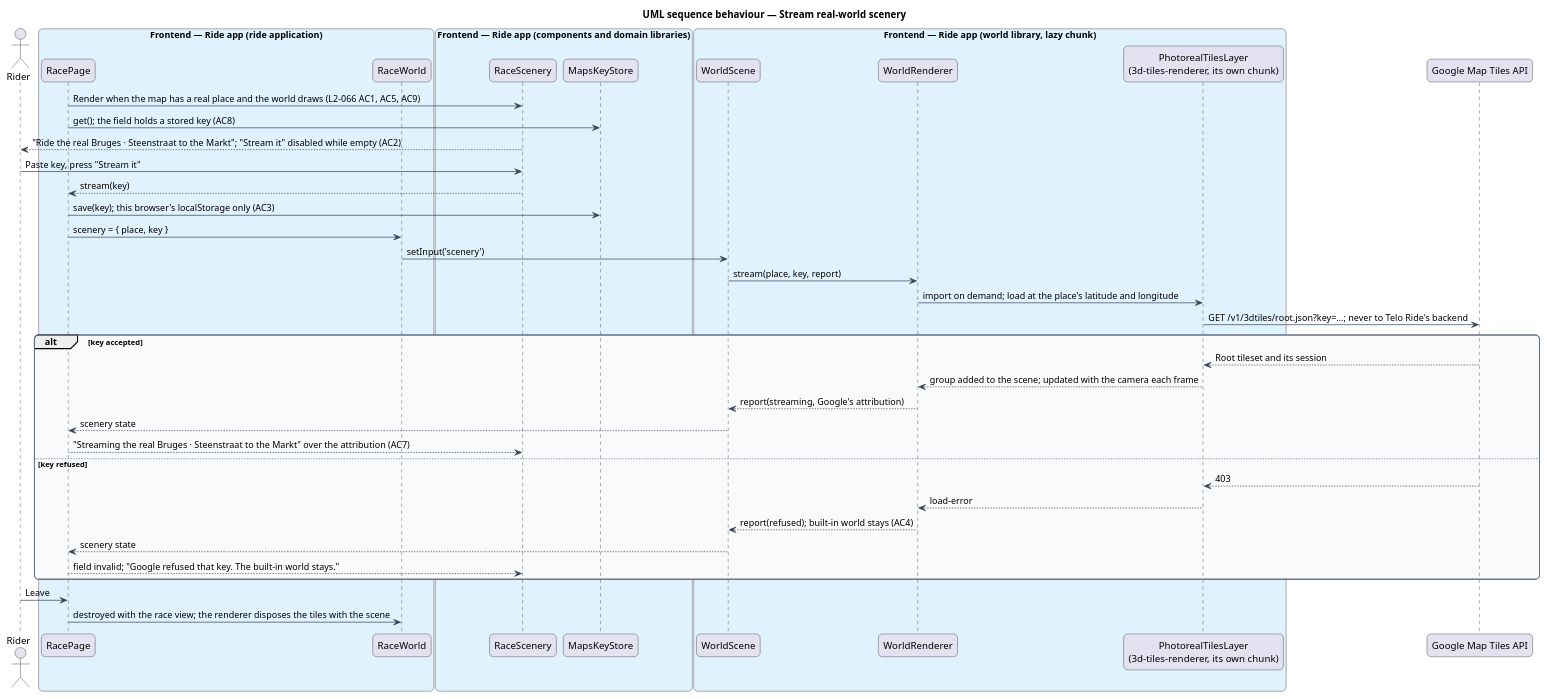
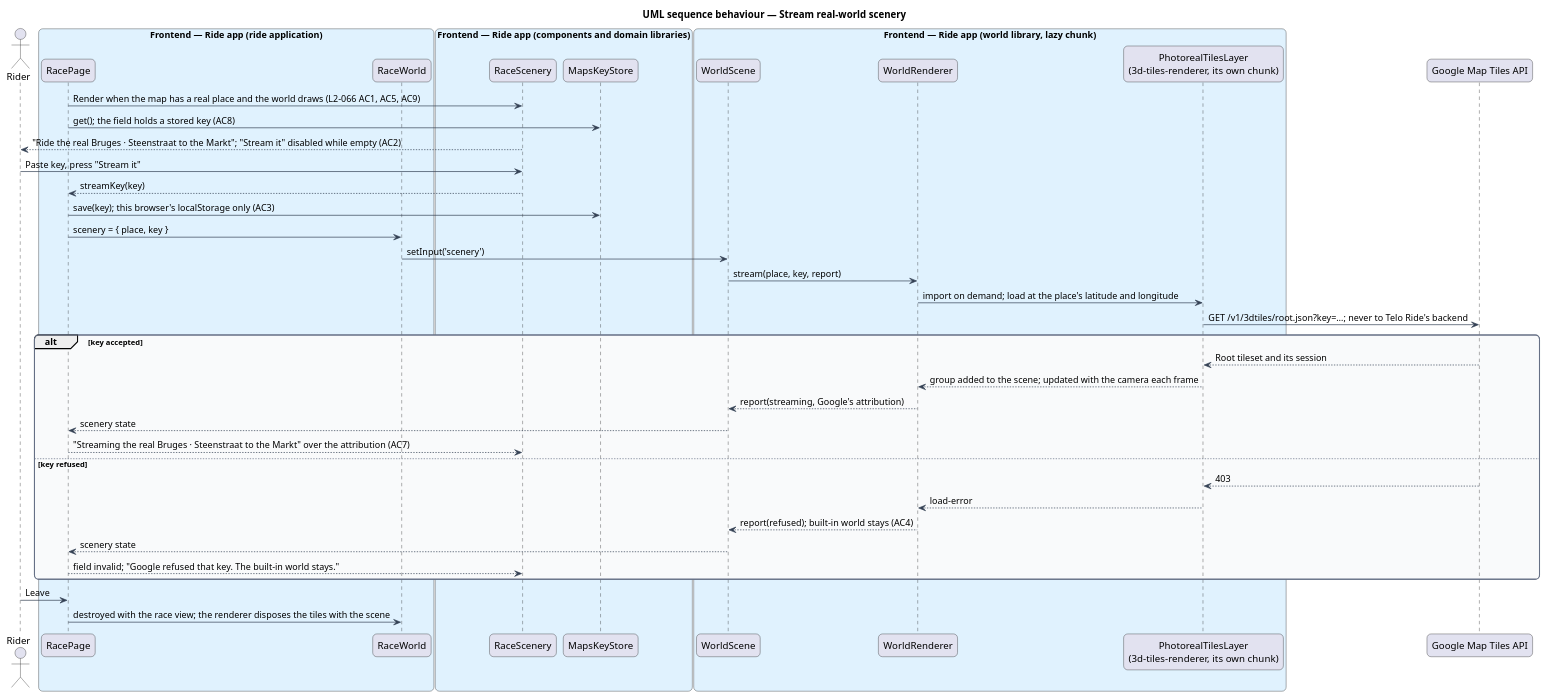
Before and after one commit to QuinntyneBrown/ride-one: the diagram in docs/detailed-designs/race/render-the-race-world/diagrams/sequence-stream-real-scenery.puml, drawn with PlantUML. The commit also changed 17 other files, not shown here.

```diff
--- a/docs/detailed-designs/race/render-the-race-world/diagrams/sequence-stream-real-scenery.puml
+++ b/docs/detailed-designs/race/render-the-race-world/diagrams/sequence-stream-real-scenery.puml
@@ -1,58 +1,58 @@
 @startuml
 title UML sequence behaviour — Stream real-world scenery
 skinparam backgroundColor #FFFFFF
 skinparam shadowing false
 skinparam roundcorner 12
 skinparam defaultFontName Arial
 skinparam ArrowColor #344054
 skinparam rectangle {
   BorderColor #344054
   FontColor #101828
 }
 skinparam package {
   BorderColor #667085
   FontColor #101828
   BackgroundColor #F9FAFB
 }
 actor "Rider" as actor
 box "Frontend — Ride app (ride application)" #E0F2FE
   participant "RacePage" as page
   participant "RaceWorld" as rworld
 end box
 box "Frontend — Ride app (components and domain libraries)" #E0F2FE
   participant "RaceScenery" as panel
   participant "MapsKeyStore" as keys
 end box
 box "Frontend — Ride app (world library, lazy chunk)" #E0F2FE
   participant "WorldScene" as scene
   participant "WorldRenderer" as renderer
   participant "PhotorealTilesLayer\n(3d-tiles-renderer, its own chunk)" as tiles
 end box
 participant "Google Map Tiles API" as google
 page -> panel : Render when the map has a real place and the world draws (L2-066 AC1, AC5, AC9)
 page -> keys : get(); the field holds a stored key (AC8)
 panel --> actor : "Ride the real Bruges · Steenstraat to the Markt"; "Stream it" disabled while empty (AC2)
 actor -> panel : Paste key, press "Stream it"
-panel --> page : stream(key)
+panel --> page : streamKey(key)
 page -> keys : save(key); this browser's localStorage only (AC3)
 page -> rworld : scenery = { place, key }
 rworld -> scene : setInput('scenery')
 scene -> renderer : stream(place, key, report)
 renderer -> tiles : import on demand; load at the place's latitude and longitude
 tiles -> google : GET /v1/3dtiles/root.json?key=…; never to Telo Ride's backend
 alt key accepted
   google --> tiles : Root tileset and its session
   tiles --> renderer : group added to the scene; updated with the camera each frame
   renderer --> scene : report(streaming, Google's attribution)
   scene --> page : scenery state
   page --> panel : "Streaming the real Bruges · Steenstraat to the Markt" over the attribution (AC7)
 else key refused
   google --> tiles : 403
   tiles --> renderer : load-error
   renderer --> scene : report(refused); built-in world stays (AC4)
   scene --> page : scenery state
   page --> panel : field invalid; "Google refused that key. The built-in world stays."
 end
 actor -> page : Leave
 page -> rworld : destroyed with the race view; the renderer disposes the tiles with the scene
 @enduml
```
